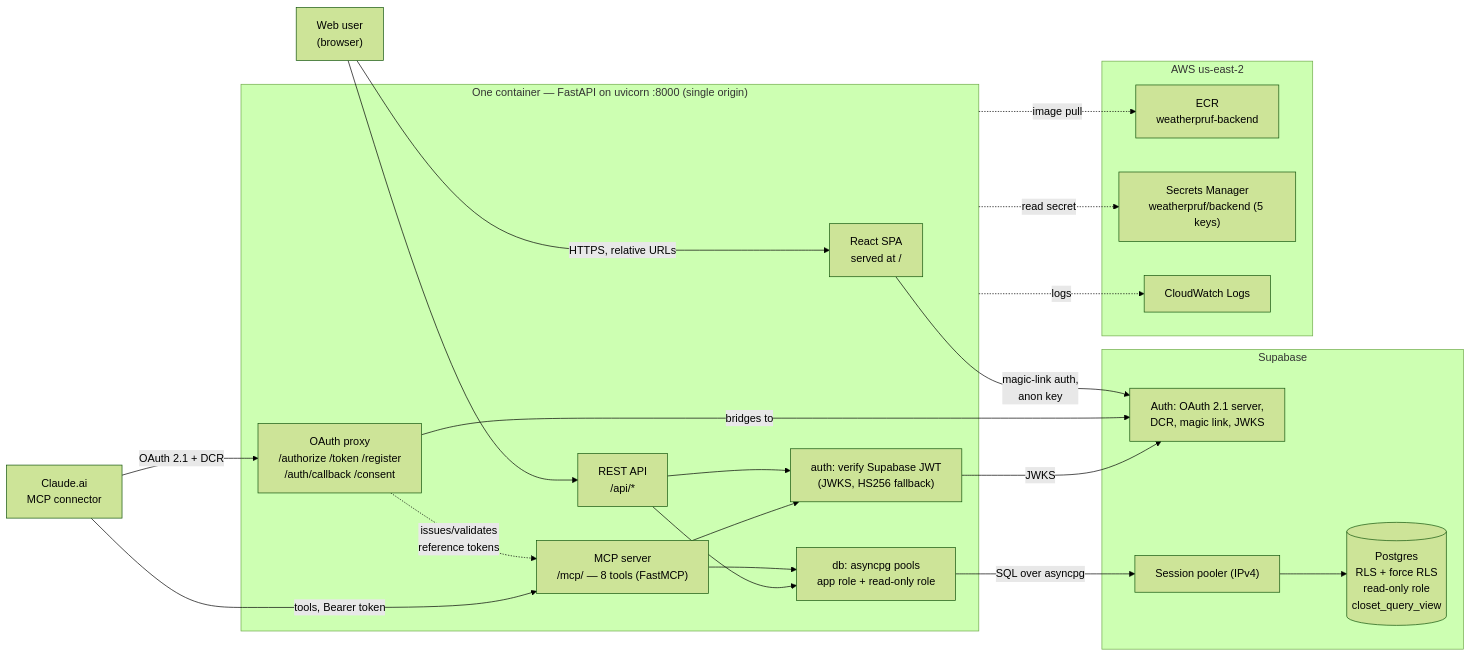
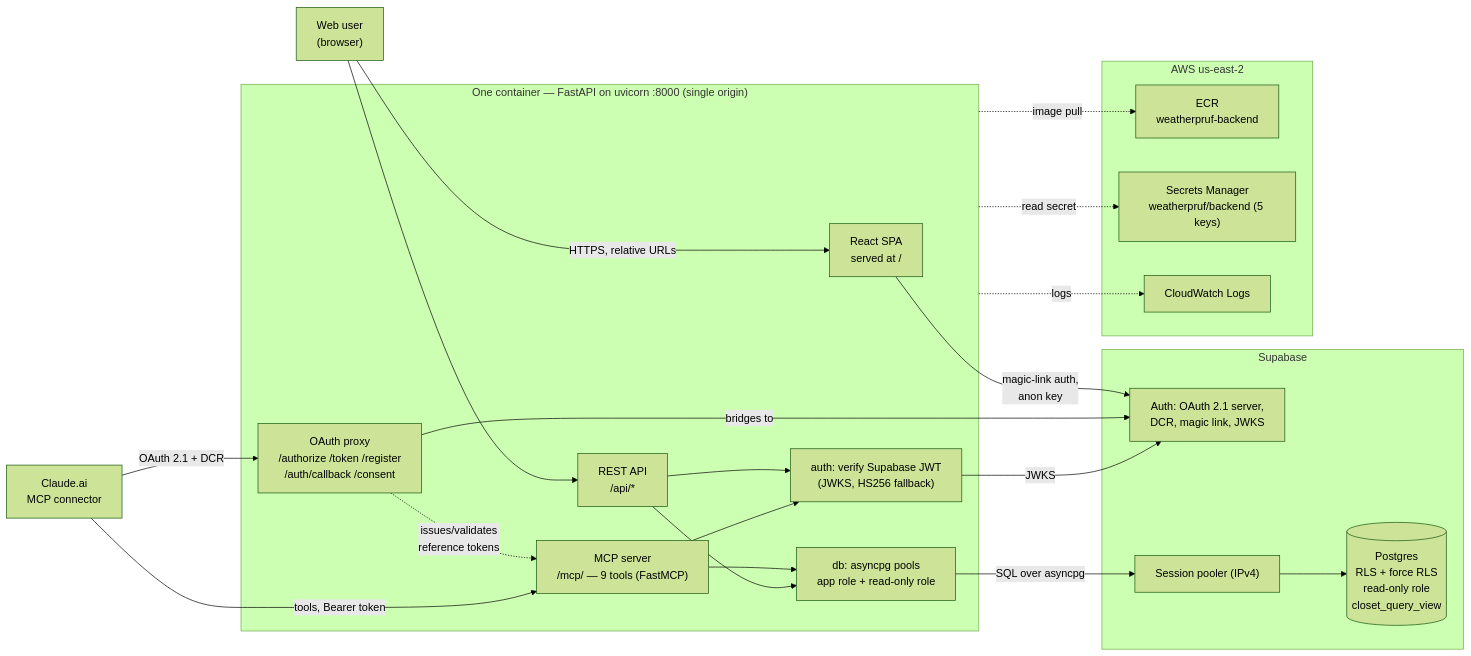
Before and after one commit to aman-todi/weatherpruf: the first of 2 diagrams in docs/architecture.md, drawn with Mermaid (forest theme). The commit also changed 6 other files, not shown here.

````diff
--- a/docs/architecture.md
+++ b/docs/architecture.md
@@ -13,43 +13,43 @@
 ```mermaid
 flowchart LR
   webuser["Web user<br/>(browser)"]
   claude["Claude.ai<br/>MCP connector"]
 
   subgraph container["One container — FastAPI on uvicorn :8000 (single origin)"]
     spa["React SPA<br/>served at /"]
     api["REST API<br/>/api/*"]
-    mcp["MCP server<br/>/mcp/ — 8 tools (FastMCP)"]
+    mcp["MCP server<br/>/mcp/ — 9 tools (FastMCP)"]
     oauth["OAuth proxy<br/>/authorize /token /register<br/>/auth/callback /consent"]
     authmod["auth: verify Supabase JWT<br/>(JWKS, HS256 fallback)"]
     dbmod["db: asyncpg pools<br/>app role + read-only role"]
     api --> authmod
     mcp --> authmod
     mcp --> dbmod
     api --> dbmod
     oauth -. issues/validates<br/>reference tokens .-> mcp
   end
 
   subgraph supabase["Supabase"]
     sbauth["Auth: OAuth 2.1 server,<br/>DCR, magic link, JWKS"]
     pg[("Postgres<br/>RLS + force RLS<br/>read-only role<br/>closet_query_view")]
     pooler["Session pooler (IPv4)"]
   end
 
   subgraph awsinfra["AWS us-east-2"]
     ecr["ECR<br/>weatherpruf-backend"]
     secrets["Secrets Manager<br/>weatherpruf/backend (5 keys)"]
     cw["CloudWatch Logs"]
   end
 
   webuser -->|"HTTPS, relative URLs"| spa
   webuser --> api
   spa -->|"magic-link auth,<br/>anon key"| sbauth
   claude -->|"OAuth 2.1 + DCR"| oauth
   claude -->|"tools, Bearer token"| mcp
   oauth -->|"bridges to"| sbauth
   authmod -->|"JWKS"| sbauth
   dbmod -->|"SQL over asyncpg"| pooler --> pg
   container -.->|image pull| ecr
   container -.->|read secret| secrets
   container -.->|logs| cw
 ```
````
